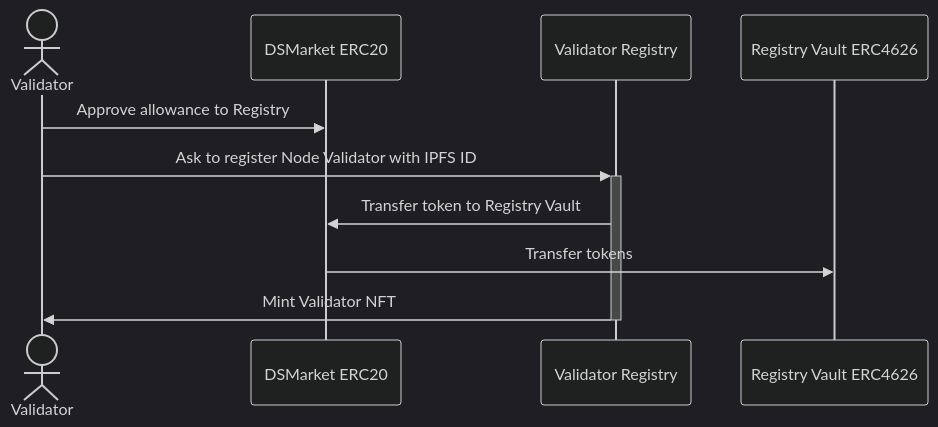
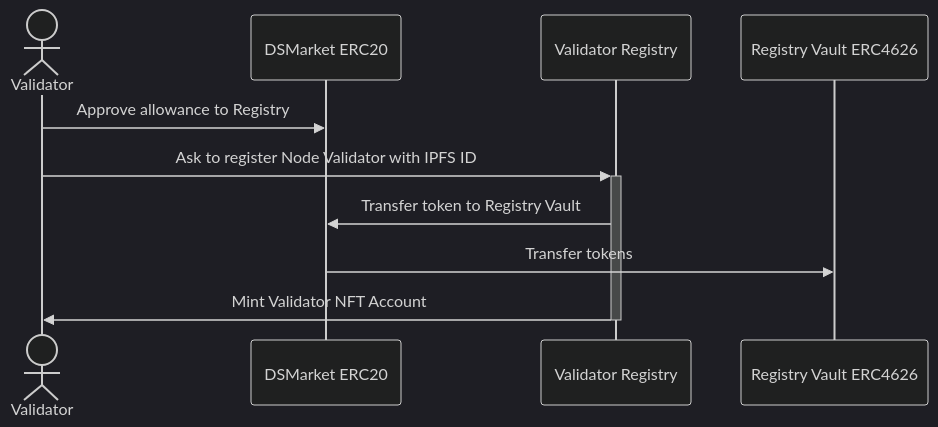
One commit to DSMarket/protocol changed the third of 3 diagrams in README.md. Above: the diagram before and after it, drawn with Mermaid (dark theme). The commit also changed other lines of this file, not shown here.

Commit message:
docs: update sequences

````diff
--- a/README.md
+++ b/README.md
@@ -55,15 +45,15 @@
 ```mermaid
 sequenceDiagram
     Actor V as Validator
     participant T as DSMarket ERC20
     participant R as Validator Registry
     participant RV as Registry Vault ERC4626
 
 
     V ->> T: Approve allowance to Registry
 
     V ->>+ R: Ask to register Node Validator with IPFS ID
     R ->> T: Transfer token to Registry Vault
     T ->> RV: Transfer tokens
-    R ->>- V: Mint Validator NFT
+    R ->>- V: Mint Validator NFT Account
 ```
````
